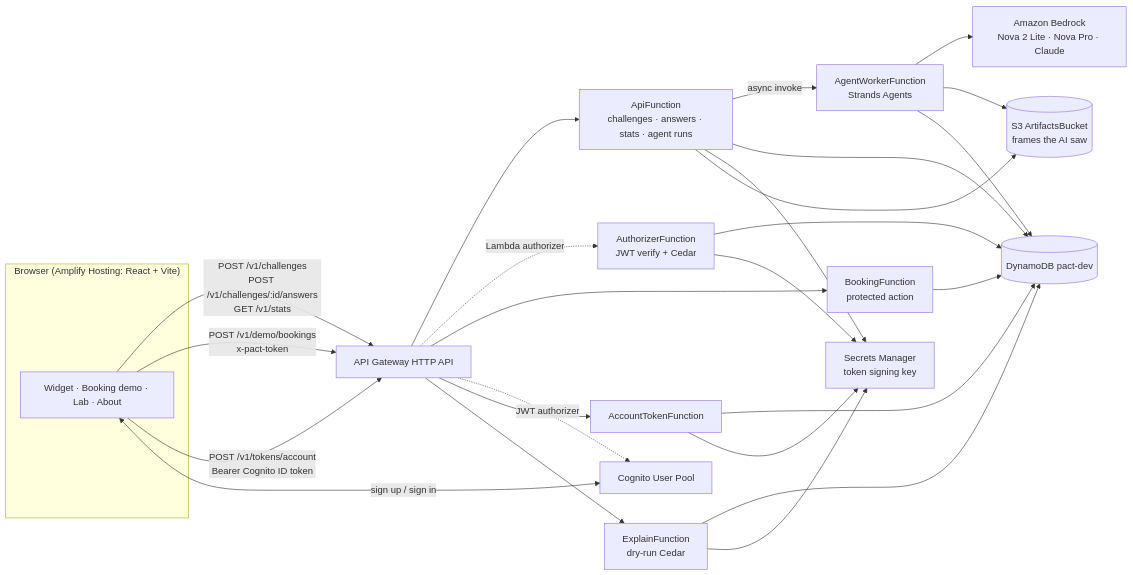
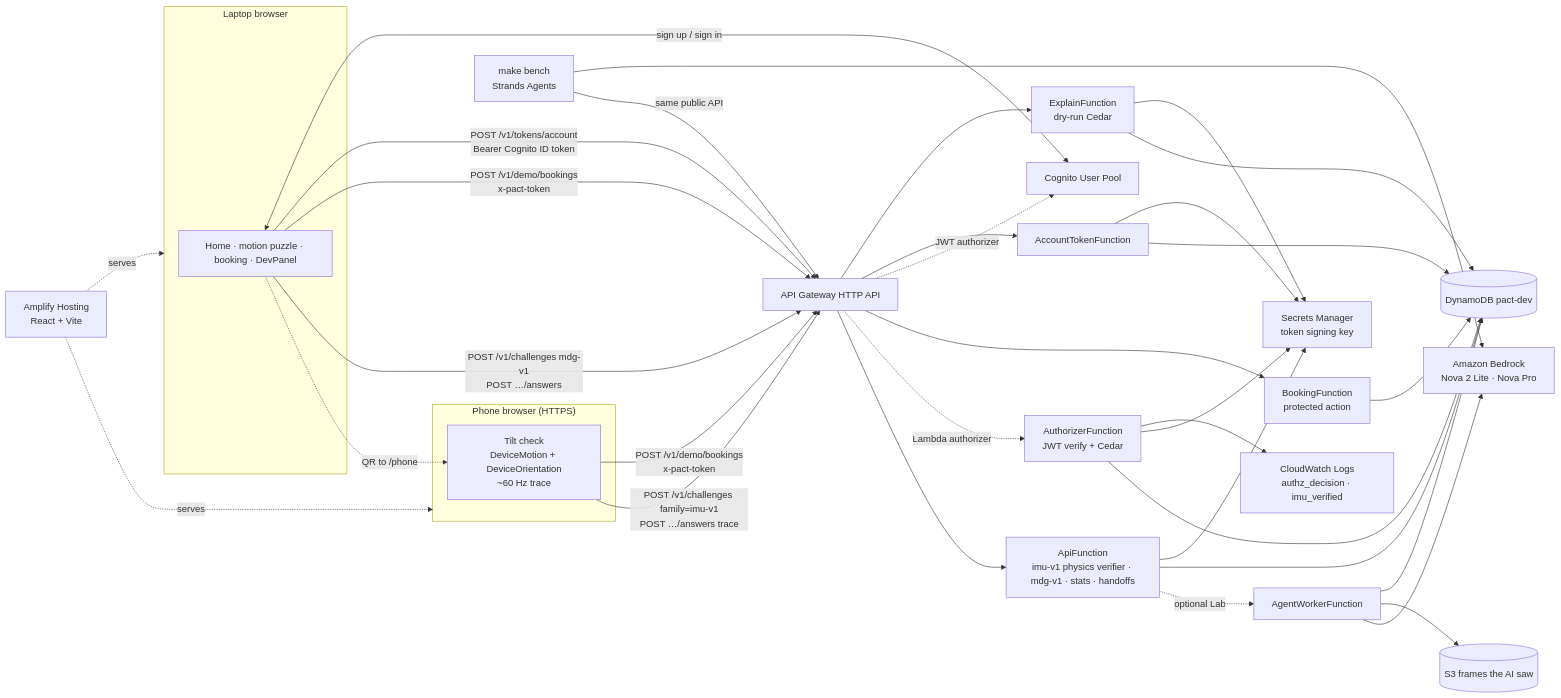
The first of 6 diagrams in docs/ARCHITECTURE.md (satvikviriyala/ARHV), drawn with Mermaid before and after one commit. The commit also changed other lines of this file and 40 other files, not shown here.

````diff
--- a/docs/ARCHITECTURE.md
+++ b/docs/ARCHITECTURE.md
@@ -12,22 +15,29 @@
 ```mermaid
 flowchart LR
-  subgraph Client["Browser (Amplify Hosting: React + Vite)"]
-    UI[Widget · Booking demo · Lab · About]
+  subgraph Phone["Phone browser (HTTPS)"]
+    TILT[Tilt check<br/>DeviceMotion + DeviceOrientation<br/>~60 Hz trace]
   end
-  UI -->|POST /v1/challenges<br/>POST /v1/challenges/:id/answers<br/>GET /v1/stats| APIGW[API Gateway HTTP API]
-  UI -->|POST /v1/demo/bookings<br/>x-pact-token| APIGW
+  subgraph Laptop["Laptop browser"]
+    UI[Home · motion puzzle · booking · DevPanel]
+  end
+  AMP[Amplify Hosting<br/>React + Vite] -. serves .-> Phone & Laptop
+  UI -. QR to /phone .-> TILT
+  TILT -->|POST /v1/challenges family=imu-v1<br/>POST …/answers trace| APIGW[API Gateway HTTP API]
+  UI -->|POST /v1/challenges mdg-v1<br/>POST …/answers| APIGW
+  TILT & UI -->|POST /v1/demo/bookings<br/>x-pact-token| APIGW
   UI -->|POST /v1/tokens/account<br/>Bearer Cognito ID token| APIGW
   UI <-->|sign up / sign in| COG[Cognito User Pool]
-  APIGW --> API[ApiFunction<br/>challenges · answers · stats · agent runs]
+  APIGW --> API[ApiFunction<br/>imu-v1 physics verifier · mdg-v1 · stats · handoffs]
   APIGW -. Lambda authorizer .-> AUTHZ[AuthorizerFunction<br/>JWT verify + Cedar]
   APIGW --> BOOK[BookingFunction<br/>protected action]
   APIGW -. JWT authorizer .-> COG
   APIGW --> ACCT[AccountTokenFunction]
   APIGW --> EXPL[ExplainFunction<br/>dry-run Cedar]
-  API -->|async invoke| WORK[AgentWorkerFunction<br/>Strands Agents]
-  WORK --> BR[Amazon Bedrock<br/>Nova 2 Lite · Nova Pro · Claude]
-  WORK --> S3[(S3 ArtifactsBucket<br/>frames the AI saw)]
+  BENCH[make bench<br/>Strands Agents] -->|same public API| APIGW
+  BENCH --> BR[Amazon Bedrock<br/>Nova 2 Lite · Nova Pro]
+  API -. optional Lab .-> WORK[AgentWorkerFunction] --> BR
+  WORK --> S3[(S3 frames the AI saw)]
   API & AUTHZ & BOOK & ACCT & EXPL & WORK --> DDB[(DynamoDB pact-dev)]
   API & AUTHZ & ACCT & EXPL --> SM[Secrets Manager<br/>token signing key]
-  API --> S3
+  AUTHZ --> CW[CloudWatch Logs<br/>authz_decision · imu_verified]
 ```
````
